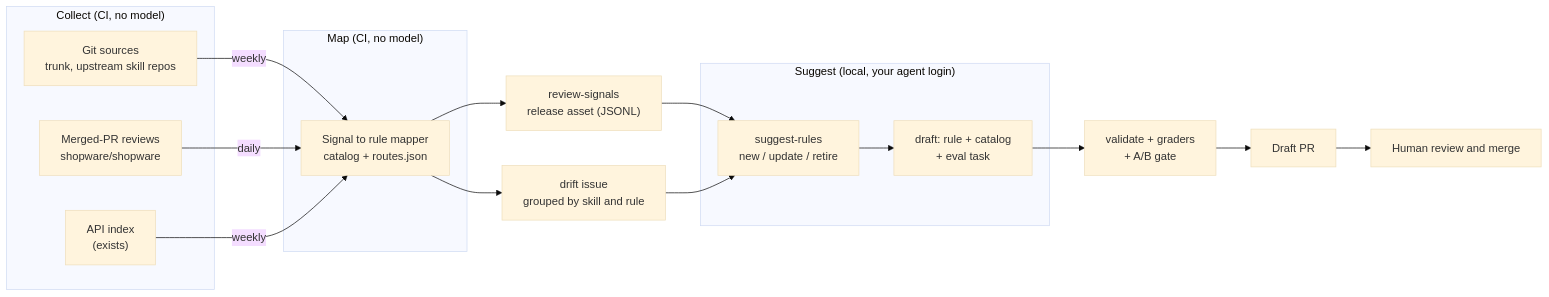
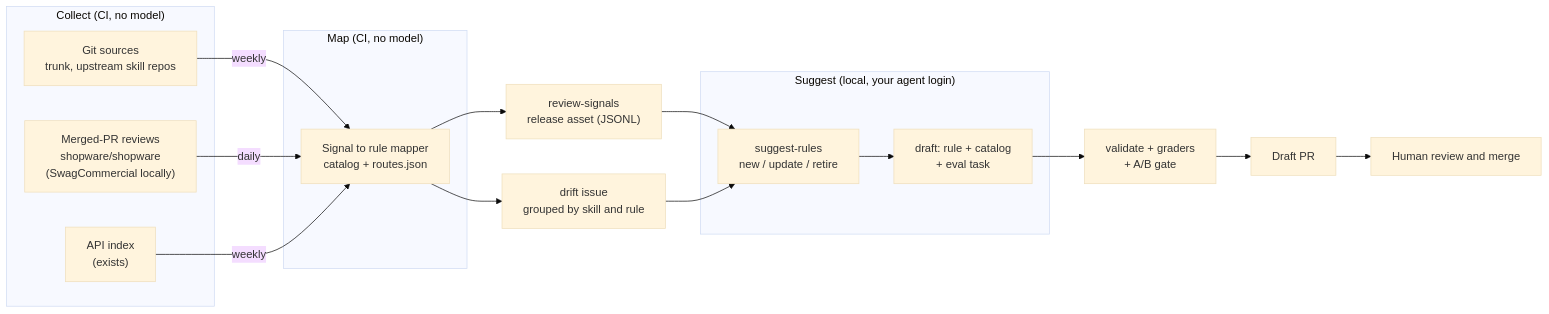
The diagram in docs/plans/2026-10-skill-update-automation.md (BrocksiNet/ai-skills-shopware), drawn with Mermaid (base theme) before and after one commit. The commit also changed other lines of this file and 23 other files, not shown here.

````diff
--- a/docs/plans/2026-10-skill-update-automation.md
+++ b/docs/plans/2026-10-skill-update-automation.md
@@ -26,26 +26,26 @@
 ```mermaid
 flowchart LR
   subgraph collect["Collect (CI, no model)"]
     GIT["Git sources<br/>trunk, upstream skill repos"]
-    REV["Merged-PR reviews<br/>shopware/shopware"]
+    REV["Merged-PR reviews<br/>shopware/shopware<br/>(SwagCommercial locally)"]
     IDX["API index<br/>(exists)"]
   end
   subgraph map["Map (CI, no model)"]
     MAP["Signal to rule mapper<br/>catalog + routes.json"]
   end
   GIT -- weekly --> MAP
   REV -- daily --> MAP
   IDX -- weekly --> MAP
   MAP --> ISSUE["drift issue<br/>grouped by skill and rule"]
   MAP --> STORE["review-signals<br/>release asset (JSONL)"]
   subgraph local["Suggest (local, your agent login)"]
     SUG["suggest-rules<br/>new / update / retire"]
     DRAFT["draft: rule + catalog<br/>+ eval task"]
   end
   STORE --> SUG
   ISSUE --> SUG
   SUG --> DRAFT
   DRAFT --> GATE["validate + graders<br/>+ A/B gate"]
   GATE --> PR["Draft PR"]
   PR --> HUMAN["Human review and merge"]
 ```
````
